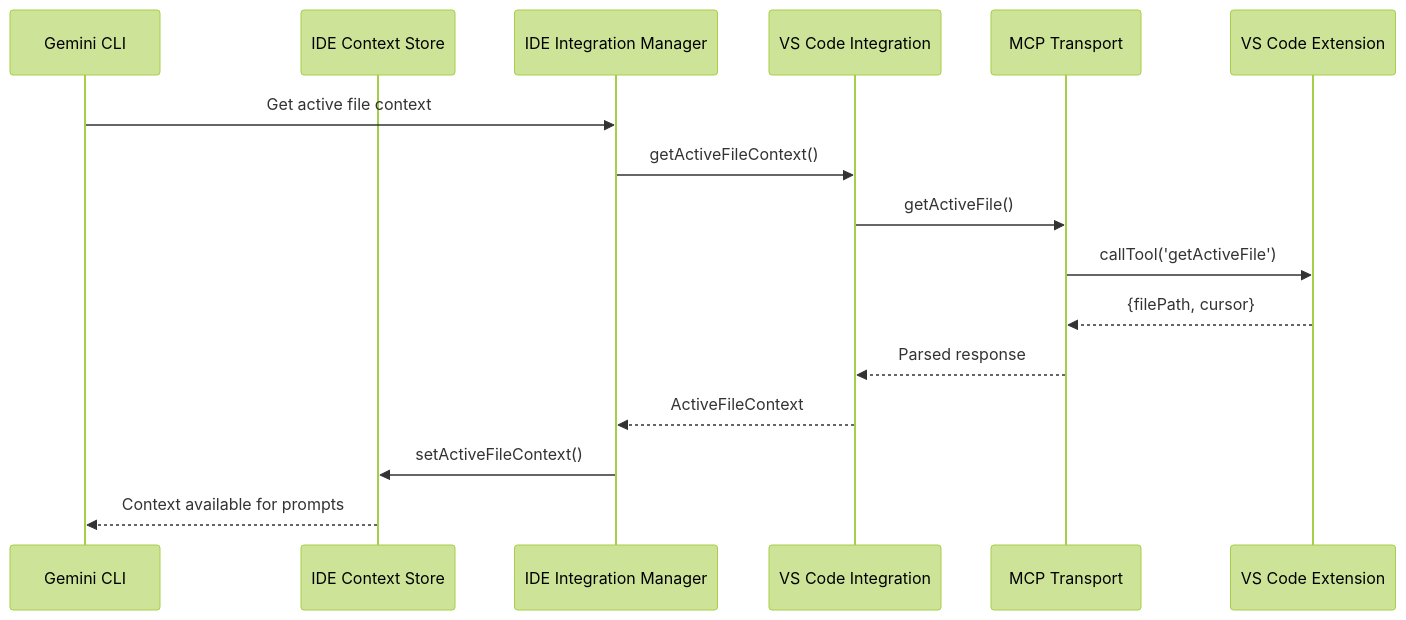
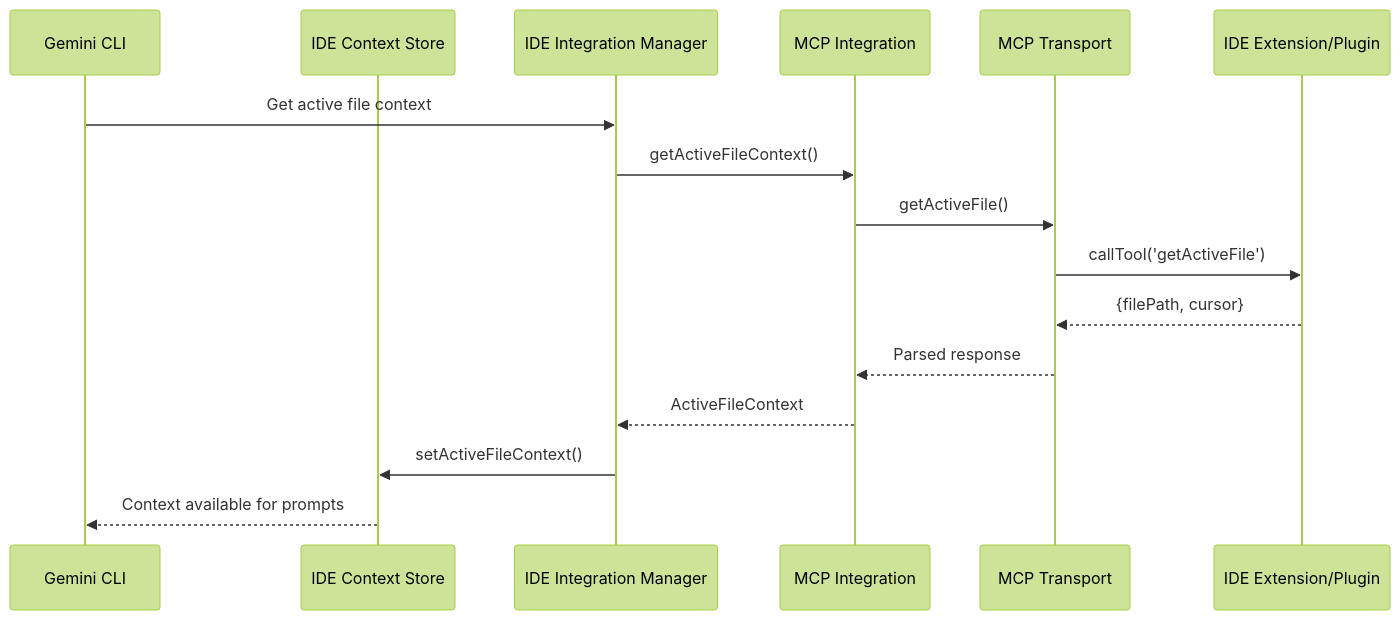
The second of 3 diagrams in docs/ide-integrations/architecture.md (zjw57/gemini-cli), drawn with Mermaid (forest theme) before and after one commit. The commit also changed other lines of this file and 3 other files, not shown here.

````diff
--- a/docs/ide-integrations/architecture.md
+++ b/docs/ide-integrations/architecture.md
@@ -135,19 +115,19 @@
 ```mermaid
 sequenceDiagram
     participant CLI as Gemini CLI
     participant CTX as IDE Context Store
     participant IIM as IDE Integration Manager
-    participant VSC as VS Code Integration
-    participant MCP as MCP Transport
-    participant EXT as VS Code Extension
+    participant MCP as MCP Integration
+    participant TRANS as MCP Transport
+    participant IDE as IDE Extension/Plugin
 
     CLI->>IIM: Get active file context
-    IIM->>VSC: getActiveFileContext()
-    VSC->>MCP: getActiveFile()
-    MCP->>EXT: callTool('getActiveFile')
-    EXT-->>MCP: {filePath, cursor}
-    MCP-->>VSC: Parsed response
-    VSC-->>IIM: ActiveFileContext
+    IIM->>MCP: getActiveFileContext()
+    MCP->>TRANS: getActiveFile()
+    TRANS->>IDE: callTool('getActiveFile')
+    IDE-->>TRANS: {filePath, cursor}
+    TRANS-->>MCP: Parsed response
+    MCP-->>IIM: ActiveFileContext
     IIM->>CTX: setActiveFileContext()
     CTX-->>CLI: Context available for prompts
 ```
````
